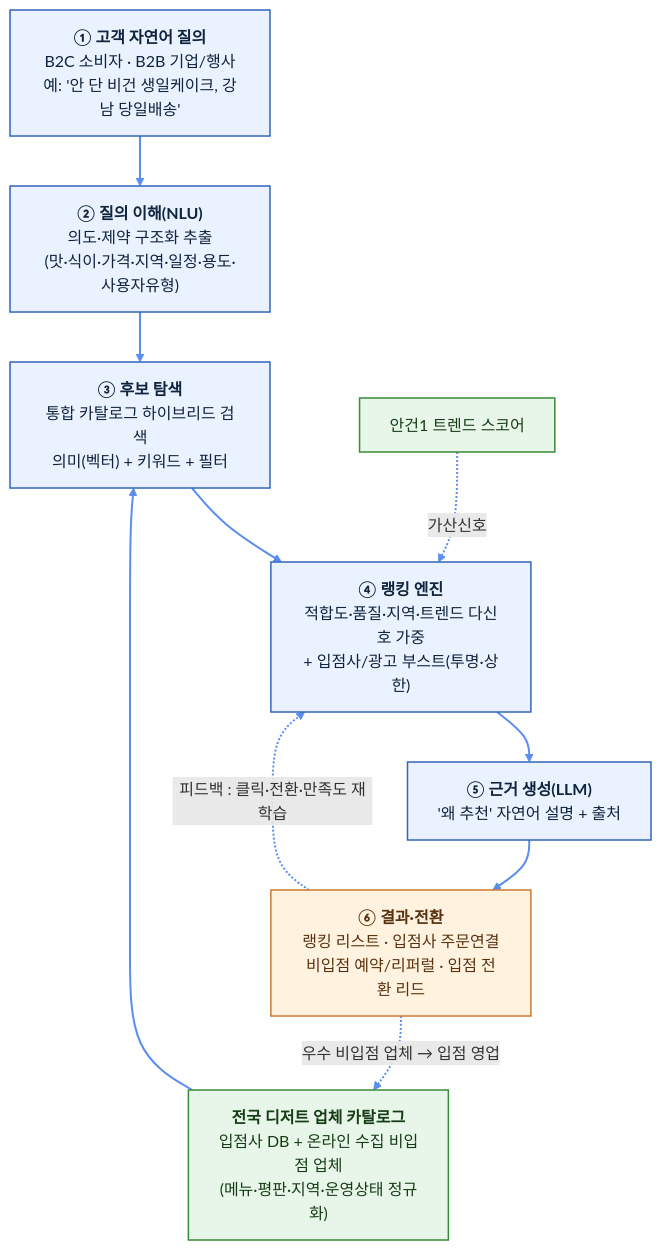
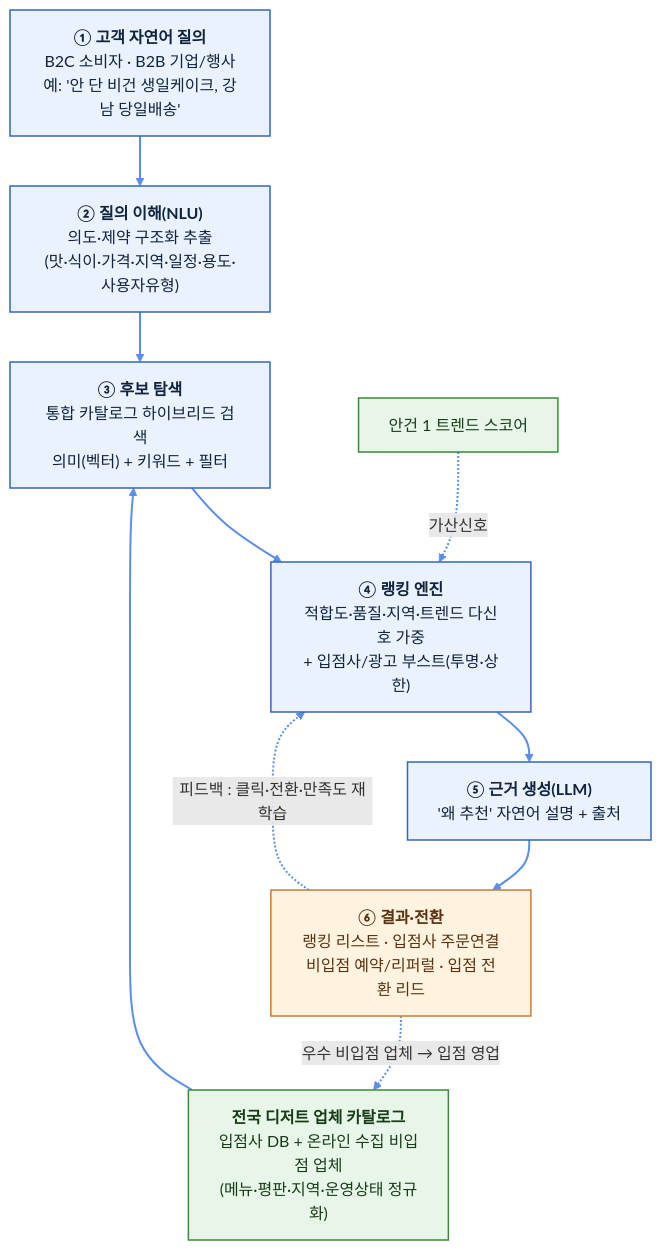
One commit to hsw4606/ddagiro-tips-task changed the diagram in docs/02_자연어추천랭킹시스템_기획.md. Above: the diagram before and after it, drawn with Mermaid. The commit also changed other lines of this file and 12 other files, not shown here.

````diff
--- a/docs/02_자연어추천랭킹시스템_기획.md
+++ b/docs/02_자연어추천랭킹시스템_기획.md
@@ -44,26 +44,26 @@
 ```mermaid
 flowchart TB
     Q["<b>① 고객 자연어 질의</b><br/>B2C 소비자 · B2B 기업/행사<br/>예: '안 단 비건 생일케이크, 강남 당일배송'"]
     NLU["<b>② 질의 이해(NLU)</b><br/>의도·제약 구조화 추출<br/>(맛·식이·가격·지역·일정·용도·사용자유형)"]
     RET["<b>③ 후보 탐색</b><br/>통합 카탈로그 하이브리드 검색<br/>의미(벡터) + 키워드 + 필터"]
     RANK["<b>④ 랭킹 엔진</b><br/>적합도·품질·지역·트렌드 다신호 가중<br/>+ 입점사/광고 부스트(투명·상한)"]
     EXP["<b>⑤ 근거 생성(LLM)</b><br/>'왜 추천' 자연어 설명 + 출처"]
     OUT["<b>⑥ 결과·전환</b><br/>랭킹 리스트 · 입점사 주문연결<br/>비입점 예약/리퍼럴 · 입점 전환 리드"]
 
     CAT["<b>전국 디저트 업체 카탈로그</b><br/>입점사 DB + 온라인 수집 비입점 업체<br/>(메뉴·평판·지역·운영상태 정규화)"]
-    TR["안건1 트렌드 스코어"]
+    TR["안건 1 트렌드 스코어"]
 
     Q ==> NLU ==> RET ==> RANK ==> EXP ==> OUT
     CAT ==> RET
     TR -. 가산신호 .-> RANK
     OUT -. "피드백 : 클릭·전환·만족도 재학습" .-> RANK
     OUT -. "우수 비입점 업체 → 입점 영업" .-> CAT
 
     classDef stage fill:#eaf2ff,stroke:#3366bb,stroke-width:1.5px,color:#10243e;
     classDef out fill:#fff3e0,stroke:#cc7a33,stroke-width:1.5px,color:#5a3210;
     classDef data fill:#e8f5e9,stroke:#3a8a3a,stroke-width:1.5px,color:#173d17;
     class Q,NLU,RET,RANK,EXP stage;
     class OUT out;
     class CAT,TR data;
     linkStyle default stroke:#5b8def,stroke-width:2px;
 ```
````
